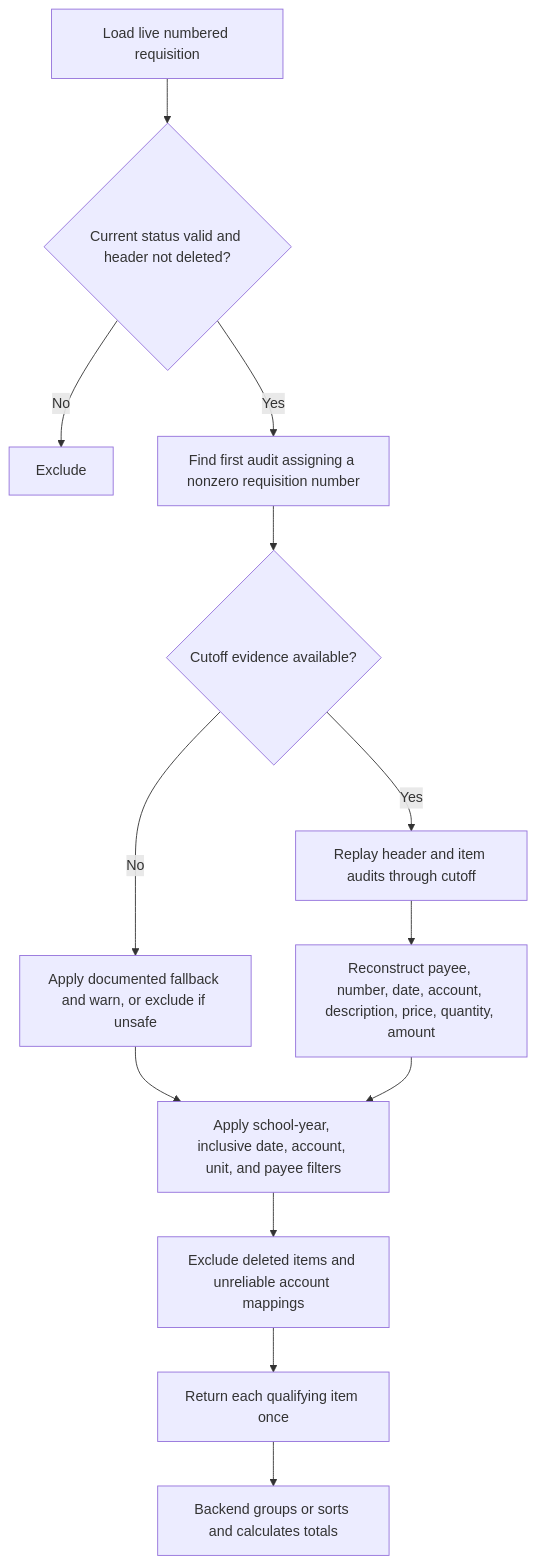
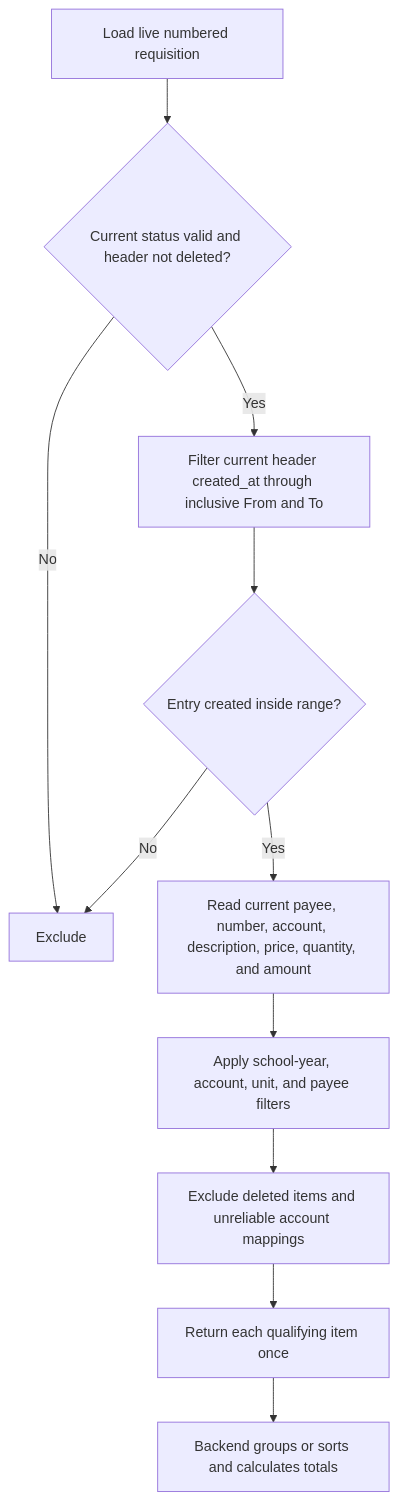
The eighth of 20 diagrams in docs/abms/flowcharts.md (AdamsonUniversity-ITC/adulivev6-monorepo), drawn with Mermaid before and after one commit. The commit also changed other lines of this file and 20 other files, not shown here.

````diff
--- a/docs/abms/flowcharts.md
+++ b/docs/abms/flowcharts.md
@@ -146,15 +160,13 @@
 ```mermaid
 flowchart TD
     A[Load live numbered requisition] --> B{Current status valid and header not deleted?}
     B -- No --> X[Exclude]
-    B -- Yes --> C[Find first audit assigning a nonzero requisition number]
-    C --> D{Cutoff evidence available?}
-    D -- No --> E[Apply documented fallback and warn, or exclude if unsafe]
-    D -- Yes --> F[Replay header and item audits through cutoff]
-    F --> G[Reconstruct payee, number, date, account, description, price, quantity, amount]
-    E --> H[Apply school-year, inclusive date, account, unit, and payee filters]
-    G --> H
+    B -- Yes --> C[Filter current header created_at through inclusive From and To]
+    C --> D{Entry created inside range?}
+    D -- No --> X
+    D -- Yes --> G[Read current payee, number, account, description, price, quantity, and amount]
+    G --> H[Apply school-year, account, unit, and payee filters]
     H --> I[Exclude deleted items and unreliable account mappings]
     I --> J[Return each qualifying item once]
     J --> K[Backend groups or sorts and calculates totals]
 ```
````
